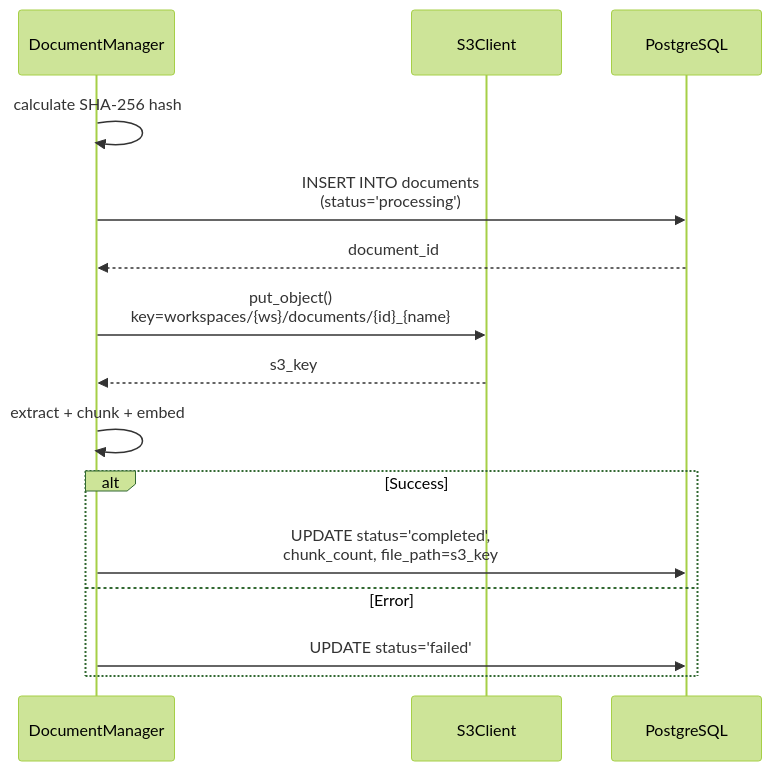
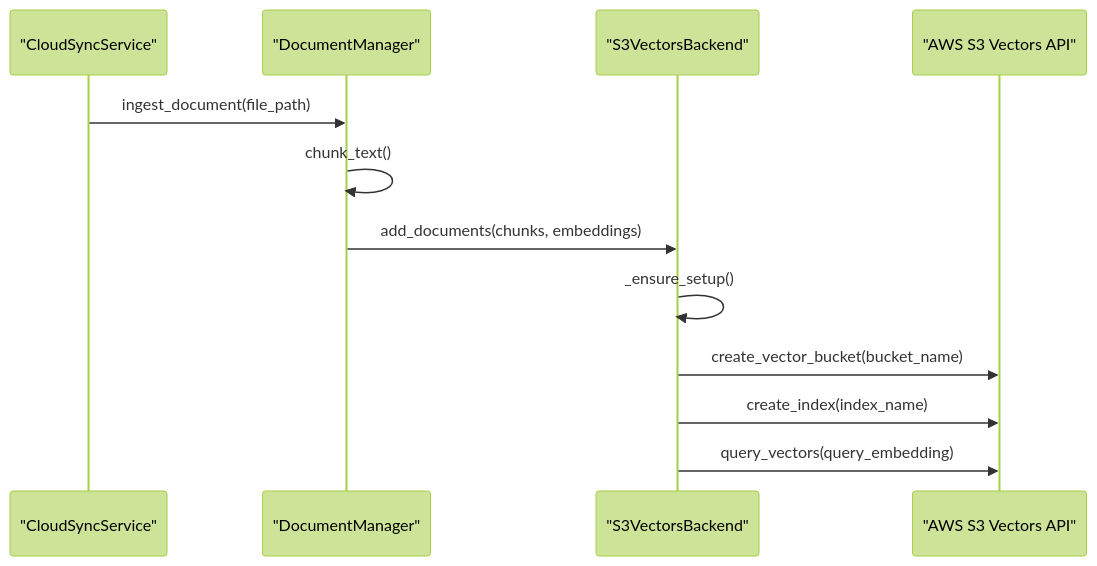
One commit to AutomatosAI/automatos-ai changed the second of 2 diagrams in docs/knowledge-base-rag/document-ingestion-pipeline.md. Above: the diagram before and after it, drawn with Mermaid (forest theme). The commit also changed other lines of this file and 149 other files, not shown here.

Commit message:
docs: refresh documentation with graphify semantic scan

````diff
--- a/docs/knowledge-base-rag/document-ingestion-pipeline.md
+++ b/docs/knowledge-base-rag/document-ingestion-pipeline.md
@@ -419,21 +172,15 @@
 ```mermaid
 sequenceDiagram
-    participant DM as DocumentManager
-    participant S3 as S3Client
-    participant PG as PostgreSQL
-    
-    DM->>DM: calculate SHA-256 hash
-    DM->>PG: INSERT INTO documents<br/>(status='processing')
-    PG-->>DM: document_id
-    
-    DM->>S3: put_object()<br/>key=workspaces/{ws}/documents/{id}_{name}
-    S3-->>DM: s3_key
-    
-    DM->>DM: extract + chunk + embed
-    
-    alt Success
-        DM->>PG: UPDATE status='completed',<br/>chunk_count, file_path=s3_key
-    else Error
-        DM->>PG: UPDATE status='failed'
-    end
+    participant CS as "CloudSyncService"
+    participant DM as "DocumentManager"
+    participant SV as "S3VectorsBackend"
+    participant AWS as "AWS S3 Vectors API"
+
+    CS->>DM: ingest_document(file_path)
+    DM->>DM: chunk_text()
+    DM->>SV: add_documents(chunks, embeddings)
+    SV->>SV: _ensure_setup()
+    SV->>AWS: create_vector_bucket(bucket_name)
+    SV->>AWS: create_index(index_name)
+    SV->>AWS: query_vectors(query_embedding)
 ```
````
